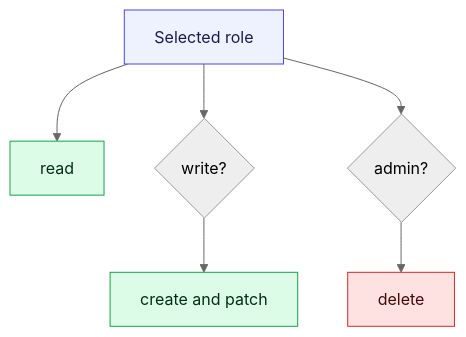
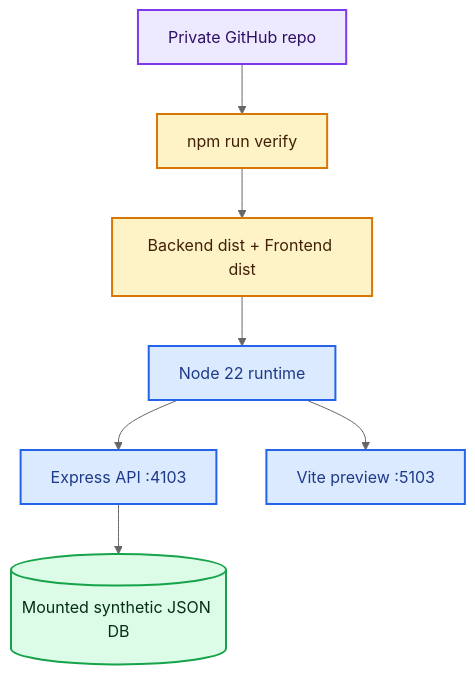
The fourth of 4 diagrams in docs/DIAGRAMS.md (jprbom/cashflow-memory-for-bharat), drawn with Mermaid (neutral theme) before and after one commit. The commit also changed other lines of this file and 6 other files, not shown here.

```diff
--- a/docs/DIAGRAMS.md
+++ b/docs/DIAGRAMS.md
@@ -106,14 +76,14 @@
 ~~~mermaid
-flowchart TD
-  Role["Selected role"] --> Read["read"]
-  Role --> Write{"write?"}
-  Role --> Admin{"admin?"}
-  Write --> Create["create and patch"]
-  Admin --> Delete["delete"]
-  classDef role fill:#eef2ff,stroke:#4f46e5,color:#1e1b4b
-  classDef ok fill:#dcfce7,stroke:#16a34a,color:#052e16
-  classDef danger fill:#fee2e2,stroke:#dc2626,color:#450a0a
-  class Role role
-  class Read,Create ok
-  class Delete danger
+flowchart TB
+  Repo["Private GitHub repo"]:::repo --> CI["npm run verify"]:::ci
+  CI --> Build["Backend dist + Frontend dist"]:::ci
+  Build --> Runtime["Node 22 runtime"]:::runtime
+  Runtime --> Backend["Express API :4103"]:::runtime
+  Runtime --> Frontend["Vite preview :5103"]:::runtime
+  Backend --> DB[("Mounted synthetic JSON DB")]:::data
+
+  classDef repo fill:#ede9fe,stroke:#7c3aed,stroke-width:2px,color:#2e1065
+  classDef ci fill:#fef3c7,stroke:#d97706,stroke-width:2px,color:#422006
+  classDef runtime fill:#dbeafe,stroke:#2563eb,stroke-width:2px,color:#1e3a8a
+  classDef data fill:#dcfce7,stroke:#16a34a,stroke-width:2px,color:#052e16
 ~~~
```
